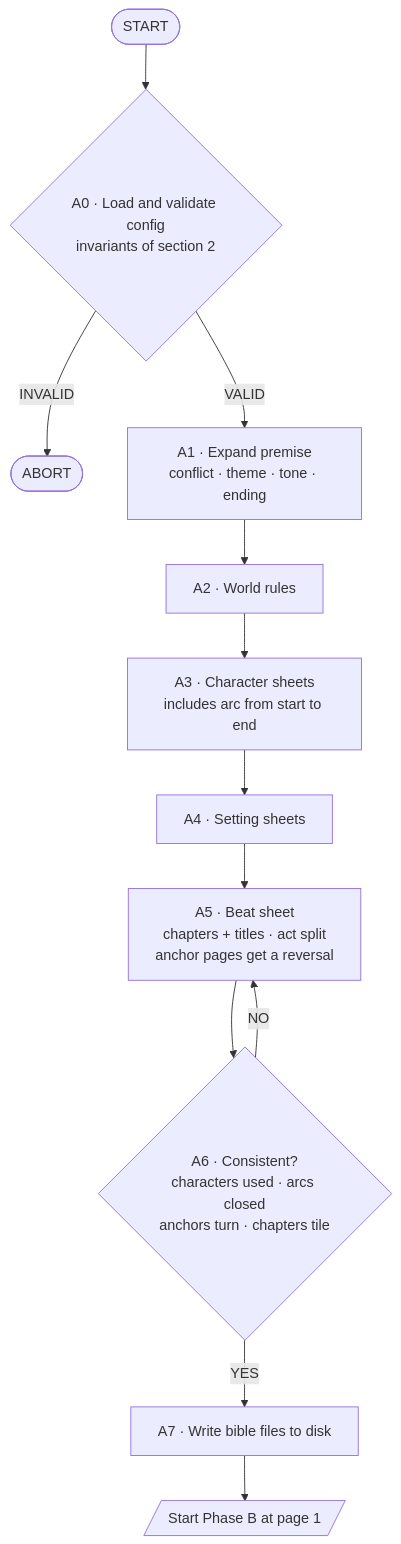
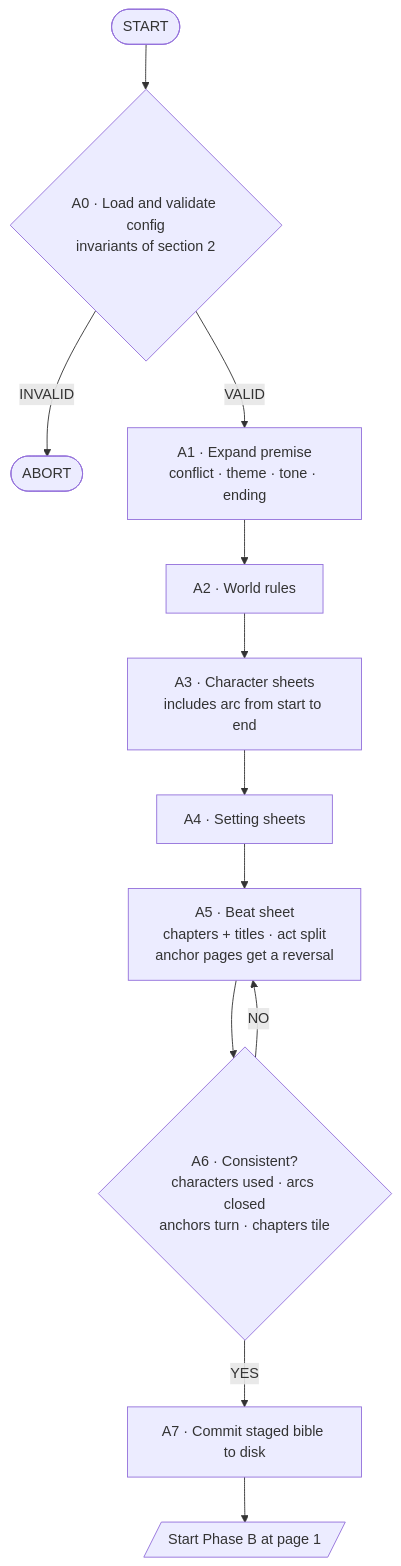
The first of 4 diagrams in functional_specification_story_agent.md (Asieribarz/my-story-marker), drawn with Mermaid before and after one commit. The commit also changed other lines of this file and 2 other files, not shown here.

````diff
--- a/functional_specification_story_agent.md
+++ b/functional_specification_story_agent.md
@@ -135,14 +167,14 @@
 ```mermaid
 flowchart TD
     INI([START]) --> A0{"A0 · Load and validate config<br/>invariants of section 2"}
     A0 -- INVALID --> ABORT([ABORT])
     A0 -- VALID --> A1["A1 · Expand premise<br/>conflict · theme · tone · ending"]
     A1 --> A2["A2 · World rules"]
     A2 --> A3["A3 · Character sheets<br/>includes arc from start to end"]
     A3 --> A4["A4 · Setting sheets"]
     A4 --> A5["A5 · Beat sheet<br/>chapters + titles · act split<br/>anchor pages get a reversal"]
     A5 --> A6{"A6 · Consistent?<br/>characters used · arcs closed<br/>anchors turn · chapters tile"}
     A6 -- NO --> A5
-    A6 -- YES --> A7["A7 · Write bible files to disk"]
+    A6 -- YES --> A7["A7 · Commit staged bible to disk"]
     A7 --> FB[/"Start Phase B at page 1"/]
 ```
````
